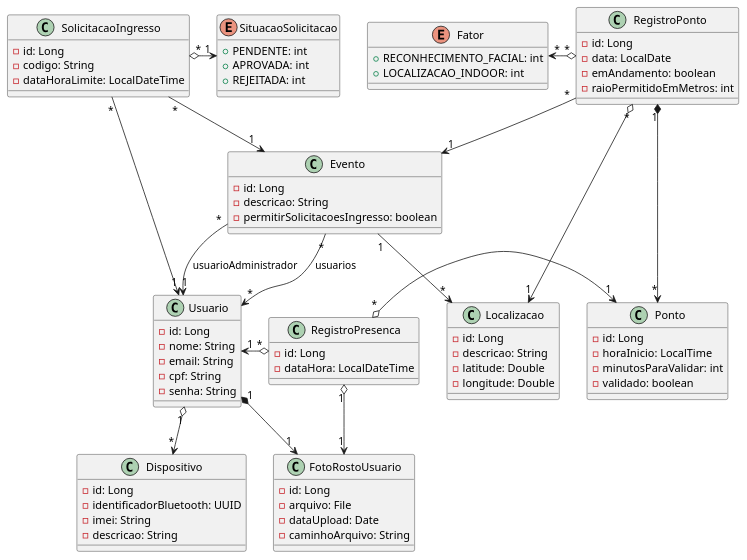
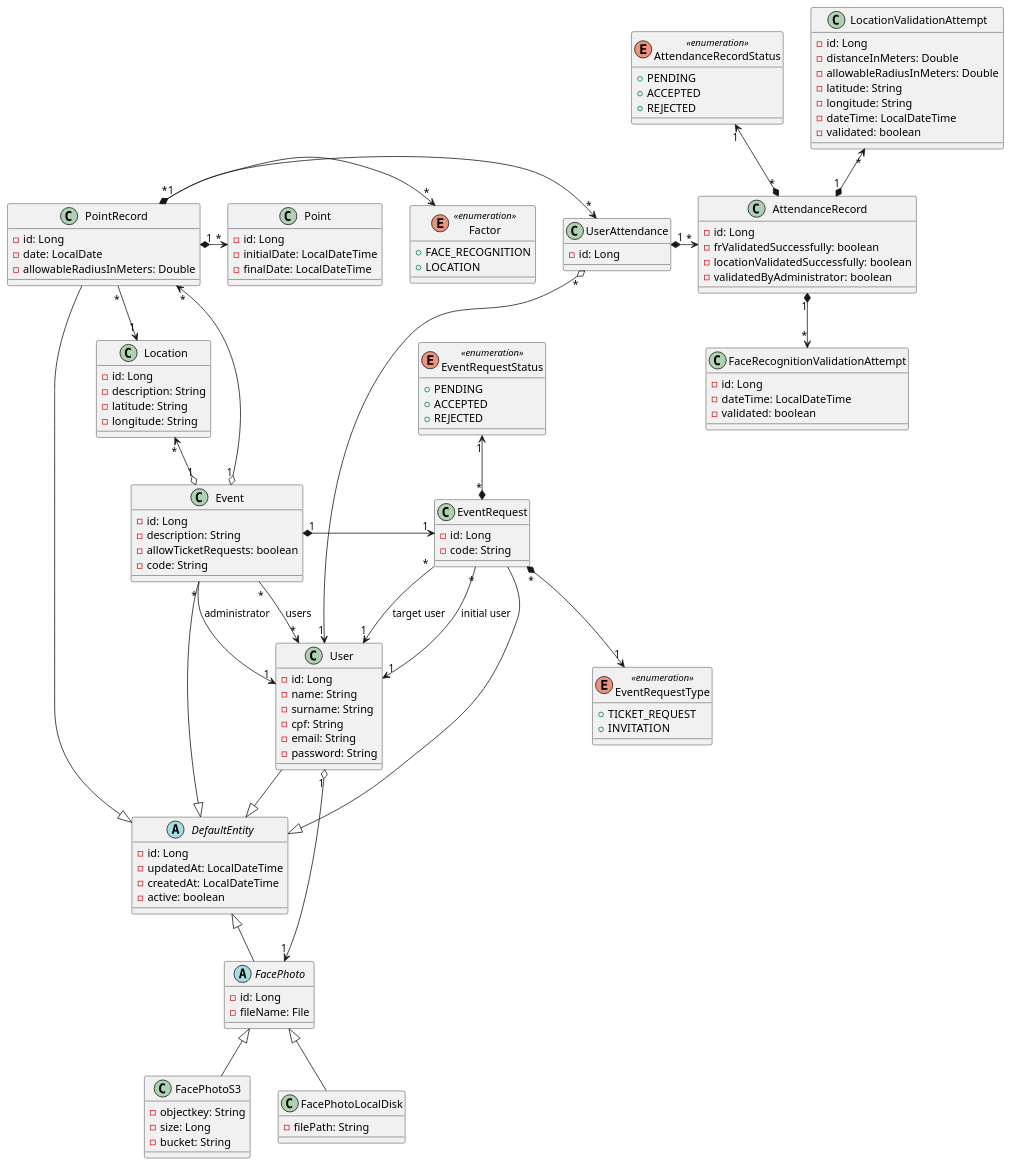
One commit to luan-coelho/facelocus changed the diagram in backend/diagram-class.plantuml. Above: the diagram before and after it, drawn with PlantUML. The commit also changed 11 other files, not shown here.

```diff
--- a/backend/diagram-class.plantuml
+++ b/backend/diagram-class.plantuml
@@ -1,98 +1,146 @@
 @startuml
-class Usuario {
+abstract class DefaultEntity {
     - id: Long
-    - nome: String
-    - email: String
-    - cpf: String
-    - senha: String
+    - updatedAt: LocalDateTime
+    - createdAt: LocalDateTime
+    - active: boolean
 }
 
-class Dispositivo {
+class User {
     - id: Long
-    - identificadorBluetooth: UUID
-    - imei: String
-    - descricao: String
+    - name: String
+    - surname: String
+    - cpf: String
+    - email: String
+    - password: String
 }
 
-class FotoRostoUsuario {
+abstract class FacePhoto {
     - id: Long
-    - arquivo: File
-    - dataUpload: Date
-    - caminhoArquivo: String
+    - fileName: File
 }
 
-class Evento {
-    - id: Long
-    - descricao: String
-    - permitirSolicitacoesIngresso: boolean
+class FacePhotoS3 {
+    - objectkey: String
+    - size: Long
+    - bucket: String
 }
 
-class SolicitacaoIngresso {
-    - id: Long
-    - codigo: String
-    - dataHoraLimite: LocalDateTime
+class FacePhotoLocalDisk {
+    - filePath: String
 }
 
-enum SituacaoSolicitacao {
-    + PENDENTE: int
-    + APROVADA: int
-    + REJEITADA: int
+class Event {
+    - id: Long
+    - description: String
+    - allowTicketRequests: boolean
+    - code: String
 }
 
-class Localizacao {
+class Location {
     - id: Long
-    - descricao: String
-    - latitude: Double
-    - longitude: Double
+    - description: String
+    - latitude: String
+    - longitude: String
 }
 
-class RegistroPonto {
+class EventRequest {
     - id: Long
-    - data: LocalDate
-    - emAndamento: boolean
-    - raioPermitidoEmMetros: int
+    - code: String
 }
 
-class Ponto {
-    - id: Long
-    - horaInicio: LocalTime
-    - minutosParaValidar: int
-    - validado: boolean
+enum EventRequestStatus << enumeration >> {
+    + PENDING
+    + ACCEPTED
+    + REJECTED
 }
 
-class RegistroPresenca {
-    - id: Long
-    - dataHora: LocalDateTime
+enum EventRequestType << enumeration >> {
+    + TICKET_REQUEST
+    + INVITATION
 }
 
-enum Fator {
-    + RECONHECIMENTO_FACIAL: int
-    + LOCALIZACAO_INDOOR: int
+class PointRecord {
+    - id: Long
+    - date: LocalDate
+    - allowableRadiusInMeters: Double
 }
 
-RegistroPonto "*" --> "1" Evento
-RegistroPonto "1" *-> "*" Ponto
-RegistroPonto "*" o-left-> "*" Fator
-RegistroPonto "*" o-left-> "1" Localizacao
+class Point {
+    - id: Long
+    - initialDate: LocalDateTime
+    - finalDate: LocalDateTime
+}
 
-Evento "*" --> "*" Usuario : usuarios
-Evento "*" --> "1" Usuario : usuarioAdministrador
-Evento "1" --> "*" Localizacao
+enum Factor << enumeration >> {
+    + FACE_RECOGNITION
+    + LOCATION
+}
 
-SolicitacaoIngresso "*" --> "1" Evento
-SolicitacaoIngresso "*" --> "1" Usuario
-SolicitacaoIngresso "*" o-> "1" SituacaoSolicitacao
+class UserAttendance {
+    - id: Long
+}
 
-RegistroPresenca "*" o-left-> "1" Usuario
-RegistroPresenca "*" o-> "1" Ponto
-RegistroPresenca "1" o-> "1" FotoRostoUsuario
+class FaceRecognitionValidationAttempt {
+    - id: Long
+    - dateTime: LocalDateTime
+    - validated: boolean
+}
 
-Usuario "1" o-down-> "*" Dispositivo
-Usuario "1" *-down-> "1" FotoRostoUsuario
+class LocationValidationAttempt {
+    - id: Long
+    - distanceInMeters: Double
+    - allowableRadiusInMeters: Double
+    - latitude: String
+    - longitude: String
+    - dateTime: LocalDateTime
+    - validated: boolean
+}
 
-'FotoRostoUsuario <|-- FotoRostoUsuarioLocal
-'FotoRostoUsuario <|-- FotoRostoUsuarioS3
-'FotoRostoUsuario <|-- FotoRostoUsuarioAzure
-'FotoRostoUsuario <|-- FotoRostoUsuarioGCloud
+class AttendanceRecord {
+    - id: Long
+    - frValidatedSuccessfully: boolean
+    - locationValidatedSuccessfully: boolean
+    - validatedByAdministrator: boolean
+}
+
+enum AttendanceRecordStatus << enumeration >> {
+    + PENDING
+    + ACCEPTED
+    + REJECTED
+}
+
+User --|> DefaultEntity
+Event --|> DefaultEntity
+EventRequest --|> DefaultEntity
+PointRecord --|> DefaultEntity
+FacePhotoS3 -up-|> FacePhoto
+FacePhotoLocalDisk -up-|> FacePhoto
+FacePhoto -up-|> DefaultEntity
+
+User "1" o-> "1" FacePhoto
+
+Event "1" o-up-> "*" PointRecord
+Event "1" o-up-> "*" Location
+Event "*" -down-> "*" User : users
+Event "*" --> "1" User : administrator
+Event "1" *-> "1" EventRequest
+
+PointRecord "1" *-> "*" Point
+PointRecord "*" o-> "*" Factor
+PointRecord "*" --> "1" Location
+PointRecord "1" *-> "*" UserAttendance
+
+UserAttendance "1" *-> "*" AttendanceRecord
+UserAttendance "*" o-> "1" User
+
+AttendanceRecord "1" *-down-> "*" FaceRecognitionValidationAttempt
+AttendanceRecord "1" *-up-> "*" LocationValidationAttempt
+AttendanceRecord "*" *-up-> "1" AttendanceRecordStatus
+
+EventRequest "*" --> "1" User : initial user
+EventRequest "*" --> "1" User : target user
+EventRequest "*" *-up-> "1" EventRequestStatus
+EventRequest "*" *-down-> "1" EventRequestType
 
 @enduml
```
